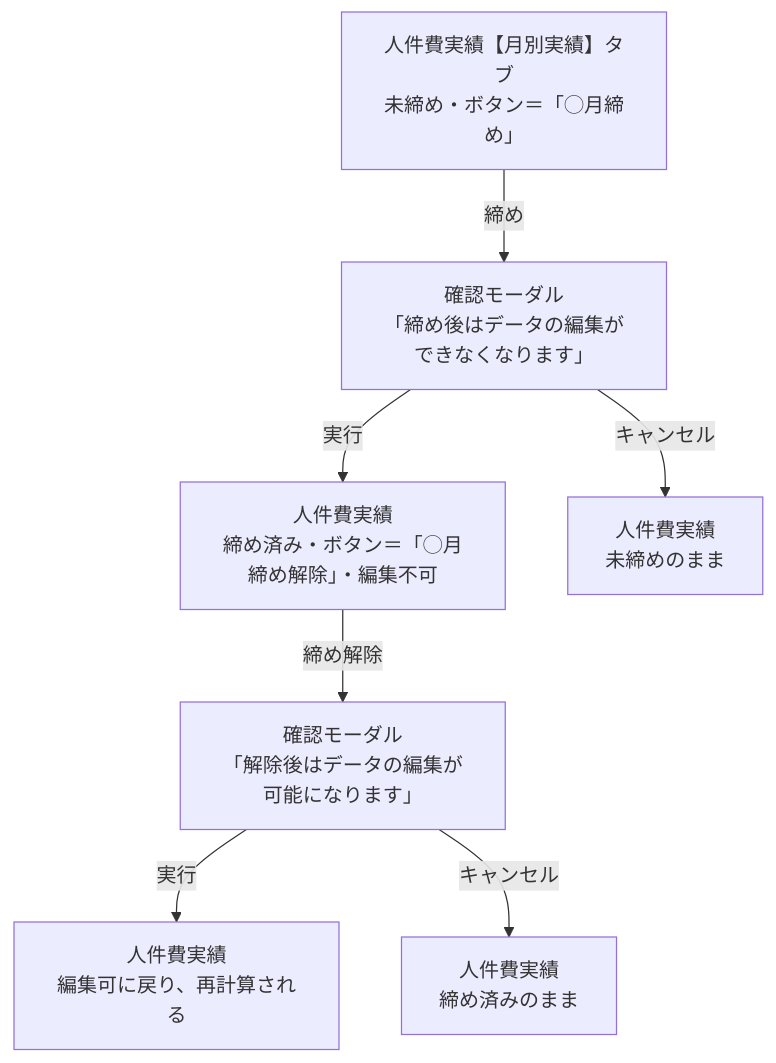
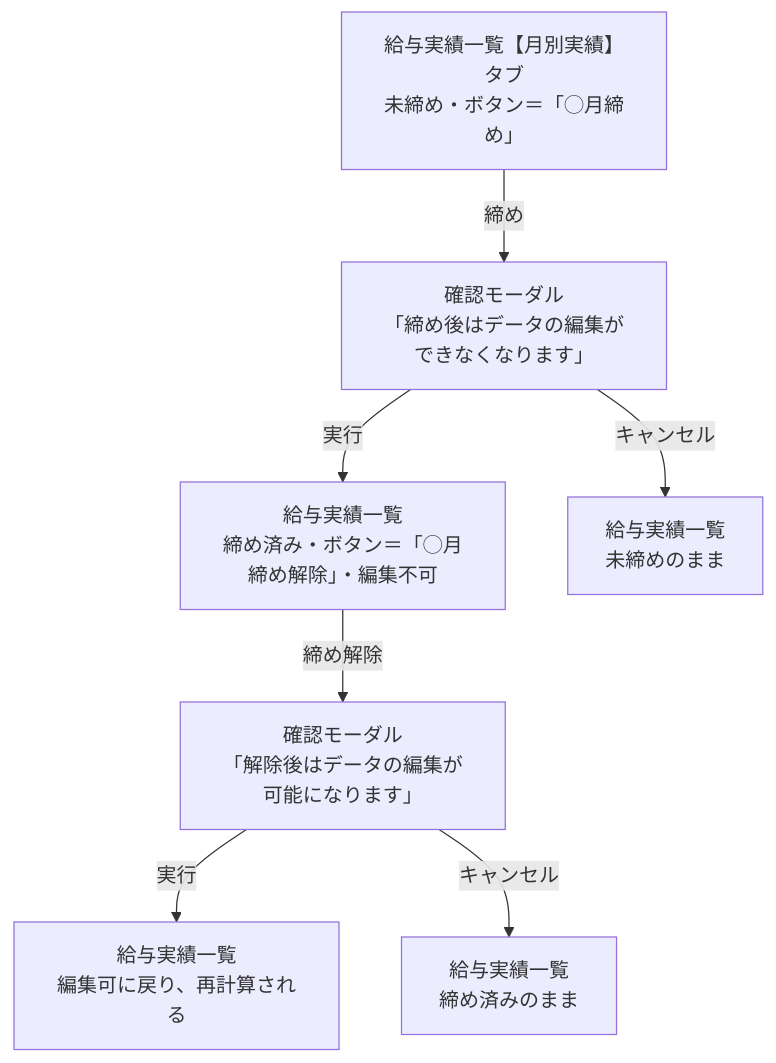
Before and after one commit to suguru789987/rakmy-employee-mgmt-spec: the eighth of 15 diagrams in 20260803_01_従業員管理_仕様書_PdM版.md, drawn with Mermaid. The commit also changed other lines of this file and 18 other files, not shown here.

````diff
--- a/20260803_01_従業員管理_仕様書_PdM版.md
+++ b/20260803_01_従業員管理_仕様書_PdM版.md
@@ -440,10 +440,10 @@
 ```mermaid
 flowchart TB
-  A["人件費実績【月別実績】タブ<br/>未締め・ボタン＝「◯月締め」"]
+  A["給与実績一覧【月別実績】タブ<br/>未締め・ボタン＝「◯月締め」"]
   A -->|"締め"| B["確認モーダル<br/>「締め後はデータの編集ができなくなります」"]
-  B -->|"実行"| C["人件費実績<br/>締め済み・ボタン＝「◯月締め解除」・編集不可"]
-  B -->|"キャンセル"| D["人件費実績<br/>未締めのまま"]
+  B -->|"実行"| C["給与実績一覧<br/>締め済み・ボタン＝「◯月締め解除」・編集不可"]
+  B -->|"キャンセル"| D["給与実績一覧<br/>未締めのまま"]
   C -->|"締め解除"| E["確認モーダル<br/>「解除後はデータの編集が可能になります」"]
-  E -->|"実行"| F["人件費実績<br/>編集可に戻り、再計算される"]
-  E -->|"キャンセル"| G["人件費実績<br/>締め済みのまま"]
+  E -->|"実行"| F["給与実績一覧<br/>編集可に戻り、再計算される"]
+  E -->|"キャンセル"| G["給与実績一覧<br/>締め済みのまま"]
 ```
````
